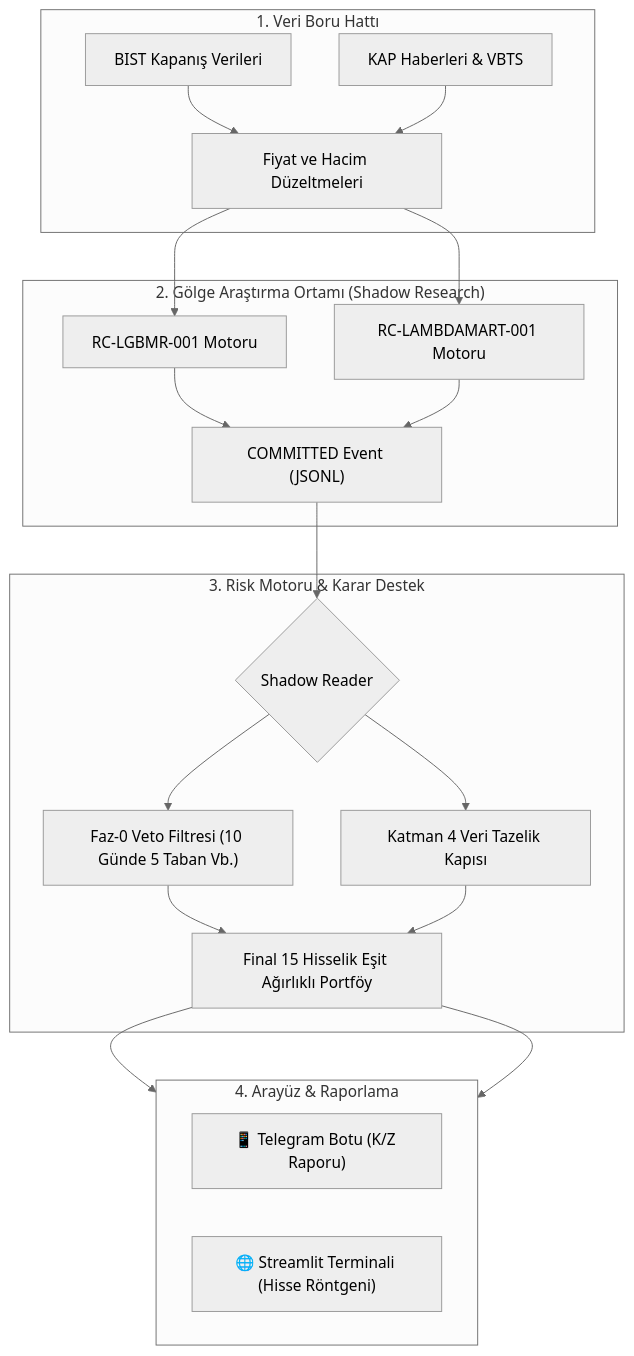
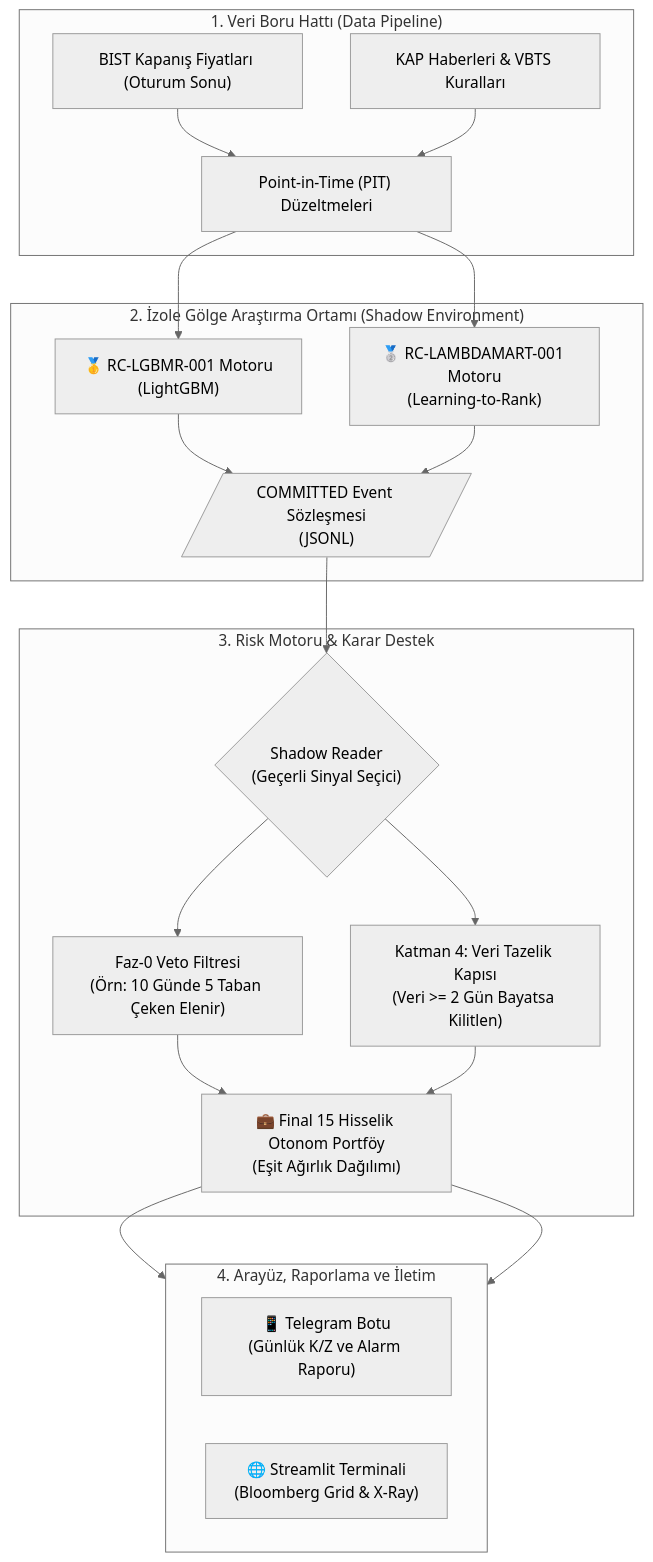
The diagram in README.md (emreerbasli/bist-quant-ranking), drawn with Mermaid (neutral theme) before and after one commit. The commit also changed other lines of this file, not shown here.

Commit message:
update readme for detailed architectural breakdown

````diff
--- a/README.md
+++ b/README.md
@@ -30,34 +33,34 @@
 ```mermaid
 graph TD
     %% 1. Veri Katmanı
-    subgraph S1 ["1. Veri Boru Hattı"]
-        A1["BIST Kapanış Verileri"] --> A3["Fiyat ve Hacim Düzeltmeleri"]
-        A2["KAP Haberleri & VBTS"] --> A3
+    subgraph S1 ["1. Veri Boru Hattı (Data Pipeline)"]
+        A1["BIST Kapanış Fiyatları (Oturum Sonu)"] --> A3["Point-in-Time (PIT) Düzeltmeleri"]
+        A2["KAP Haberleri & VBTS Kuralları"] --> A3
     end
 
     %% 2. Araştırma ve Olay Katmanı
-    subgraph S2 ["2. Gölge Araştırma Ortamı (Shadow Research)"]
-        B1["RC-LGBMR-001 Motoru"]
-        B2["RC-LAMBDAMART-001 Motoru"]
+    subgraph S2 ["2. İzole Gölge Araştırma Ortamı (Shadow Environment)"]
+        B1["🥇 RC-LGBMR-001 Motoru<br/>(LightGBM)"]
+        B2["🥈 RC-LAMBDAMART-001 Motoru<br/>(Learning-to-Rank)"]
         A3 --> B1
         A3 --> B2
-        B1 --> C1["COMMITTED Event (JSONL)"]
+        B1 --> C1[/"COMMITTED Event Sözleşmesi<br/>(JSONL)"/]
         B2 --> C1
     end
 
     %% 3. Risk ve Çıkış Motoru
     subgraph S3 ["3. Risk Motoru & Karar Destek"]
-        C1 --> D1{"Shadow Reader"}
-        D1 --> E1["Faz-0 Veto Filtresi (10 Günde 5 Taban Vb.)"]
-        D1 --> E2["Katman 4 Veri Tazelik Kapısı"]
-        E1 --> F1["Final 15 Hisselik Eşit Ağırlıklı Portföy"]
+        C1 --> D1{"Shadow Reader<br/>(Geçerli Sinyal Seçici)"}
+        D1 --> E1["Faz-0 Veto Filtresi<br/>(Örn: 10 Günde 5 Taban Çeken Elenir)"]
+        D1 --> E2["Katman 4: Veri Tazelik Kapısı<br/>(Veri >= 2 Gün Bayatsa Kilitlen)"]
+        E1 --> F1["💼 Final 15 Hisselik Otonom Portföy<br/>(Eşit Ağırlık Dağılımı)"]
         E2 --> F1
     end
 
     %% 4. İletişim Arayüzü
-    subgraph S4 ["4. Arayüz & Raporlama"]
+    subgraph S4 ["4. Arayüz, Raporlama ve İletim"]
         direction LR
-        F1 --> G1["📱 Telegram Botu (K/Z Raporu)"]
-        F1 --> G2["🌐 Streamlit Terminali (Hisse Röntgeni)"]
+        F1 --> G1["📱 Telegram Botu<br/>(Günlük K/Z ve Alarm Raporu)"]
+        F1 --> G2["🌐 Streamlit Terminali<br/>(Bloomberg Grid & X-Ray)"]
     end
 ```
````
